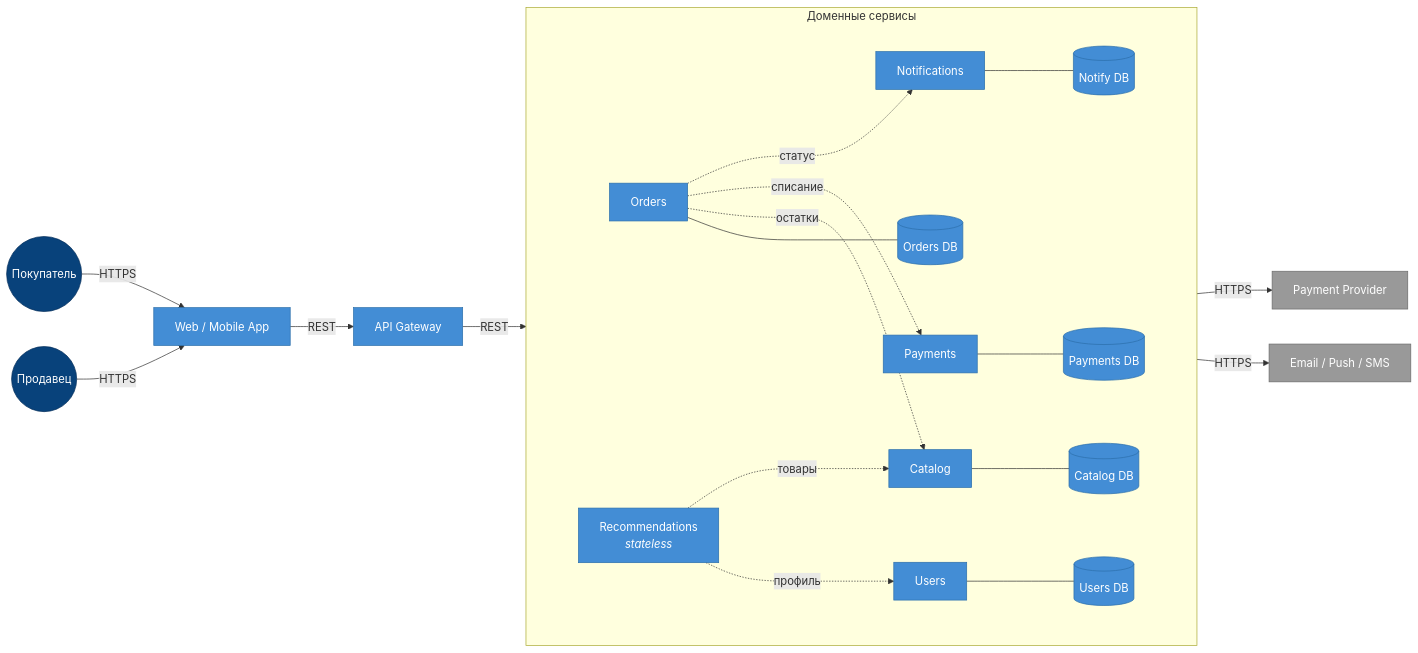
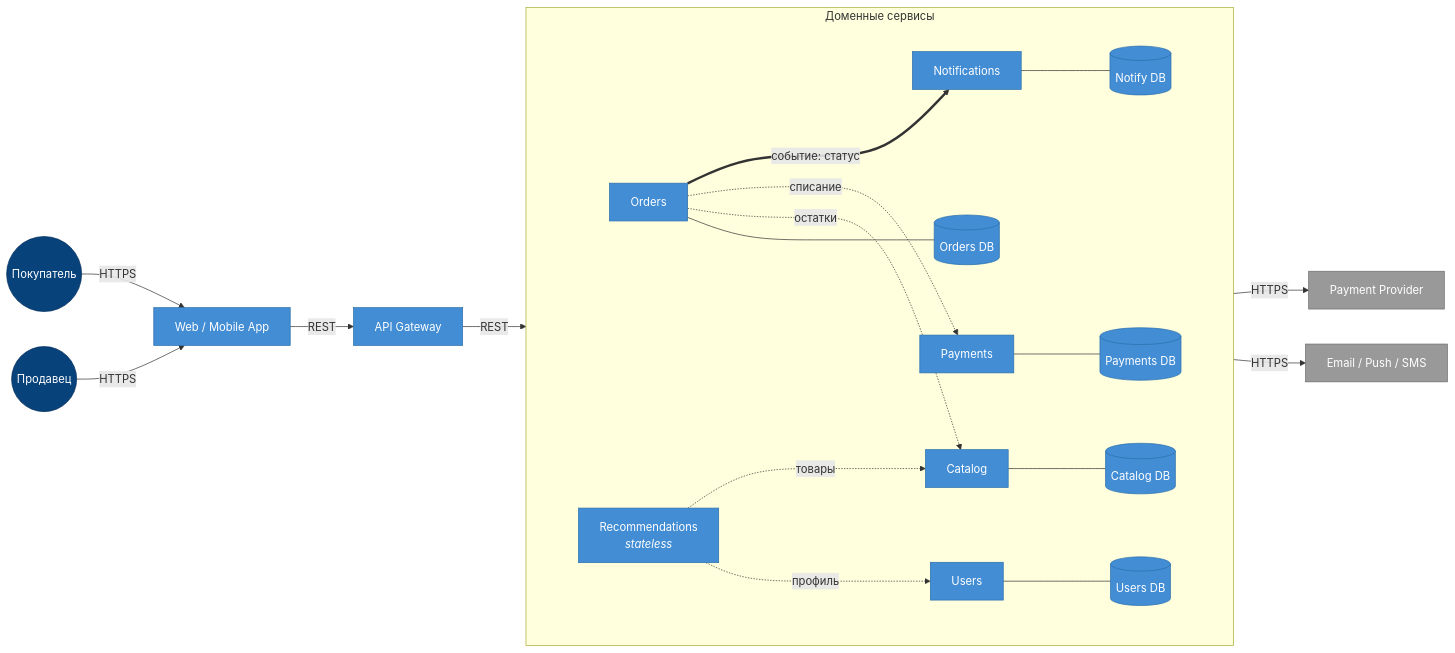
The diagram in README.md (DaryaAndryeva/hw-1-Marketplace), drawn with Mermaid before and after one commit. The commit also changed other lines of this file, not shown here.

````diff
--- a/README.md
+++ b/README.md
@@ -5,69 +8,69 @@
 ```mermaid
 flowchart LR
     classDef actor fill:#08427B,stroke:#052E5B,color:#fff
     classDef container fill:#438DD5,stroke:#2C6FAB,color:#fff
     classDef db fill:#438DD5,stroke:#2C6FAB,color:#fff
     classDef ext fill:#999999,stroke:#6B6B6B,color:#fff
 
     buyer(("Покупатель")):::actor
     seller(("Продавец")):::actor
 
     web["Web / Mobile App"]:::container
     gw["API Gateway"]:::container
 
     subgraph svc["Доменные сервисы"]
         direction LR
         subgraph p_users [" "]
             users["Users"]:::container
             users_db[("Users DB")]:::db
             users --- users_db
         end
         subgraph p_catalog [" "]
             catalog["Catalog"]:::container
             catalog_db[("Catalog DB")]:::db
             catalog --- catalog_db
         end
         subgraph p_recs [" "]
             recs["Recommendations<br/><i>stateless</i>"]:::container
         end
         subgraph p_orders [" "]
             orders["Orders"]:::container
             orders_db[("Orders DB")]:::db
             orders --- orders_db
         end
         subgraph p_payments [" "]
             payments["Payments"]:::container
             payments_db[("Payments DB")]:::db
             payments --- payments_db
         end
         subgraph p_notify [" "]
             notify["Notifications"]:::container
             notify_db[("Notify DB")]:::db
             notify --- notify_db
         end
     end
 
     psp["Payment Provider"]:::ext
     channels["Email / Push / SMS"]:::ext
 
     buyer -- HTTPS --> web
     seller -- HTTPS --> web
     web -- REST --> gw
     gw -- REST --> svc
 
     recs -. профиль .-> users
     recs -. товары .-> catalog
     orders -. остатки .-> catalog
     orders -. списание .-> payments
-    orders -. статус .-> notify
+    orders == "событие: статус" ==> notify
 
     payments -- HTTPS --> psp
     notify -- HTTPS --> channels
 
     style p_users fill:transparent,stroke-width:0px
     style p_catalog fill:transparent,stroke-width:0px
     style p_recs fill:transparent,stroke-width:0px
     style p_orders fill:transparent,stroke-width:0px
     style p_payments fill:transparent,stroke-width:0px
     style p_notify fill:transparent,stroke-width:0px
 ```
````
